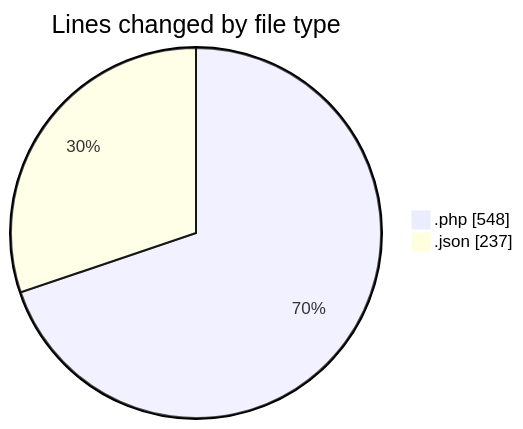
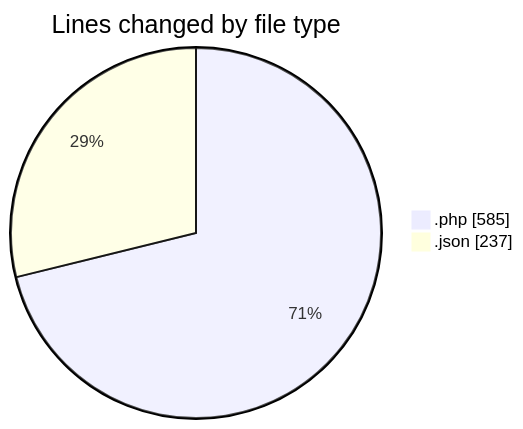
Before and after one commit to idhammustaqopulfikri/code-tracking: the first of 2 diagrams in 2025-06-07/studio-backend/README.md, drawn with Mermaid. The commit also changed other lines of this file and 3 other files, not shown here.

````diff
--- a/2025-06-07/studio-backend/README.md
+++ b/2025-06-07/studio-backend/README.md
@@ -29,6 +29,6 @@
 ```mermaid
 pie showData
 title Lines changed by file type
-".php" : 548
+".php" : 585
 ".json" : 237
 ```
````
